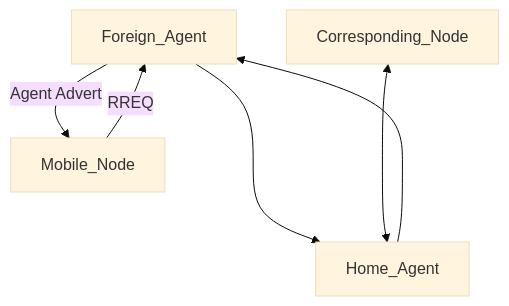
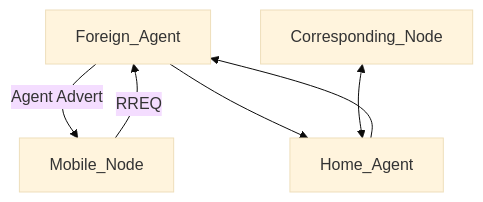
One commit to juakali-networks/mip changed the diagram in README.md. Above: the diagram before and after it, drawn with Mermaid (base theme).

Commit message:
Added diagram to ReadMe

````diff
--- a/README.md
+++ b/README.md
@@ -26,8 +26,8 @@
 ```mermaid
 graph TD;
     Foreign_Agent--Agent Advert-->Mobile_Node;
     Mobile_Node--RREQ-->Foreign_Agent;
-    Home_Agent--->Foreign_Agent;
-    Foreign_Agent--->Home_Agent;
-    Corresponding_Node<--->Home_Agent;
+    Home_Agent-->Foreign_Agent;
+    Foreign_Agent-->Home_Agent;
+    Corresponding_Node<-->Home_Agent;
 ```
````
